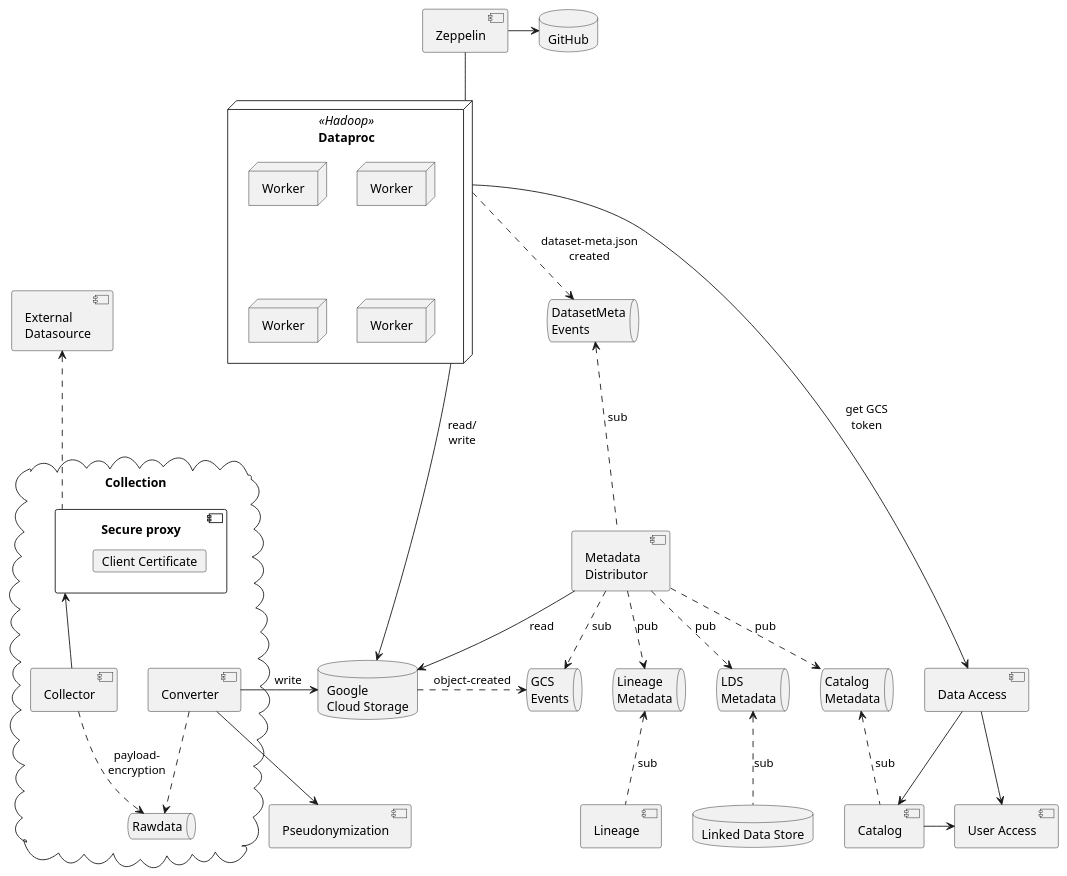
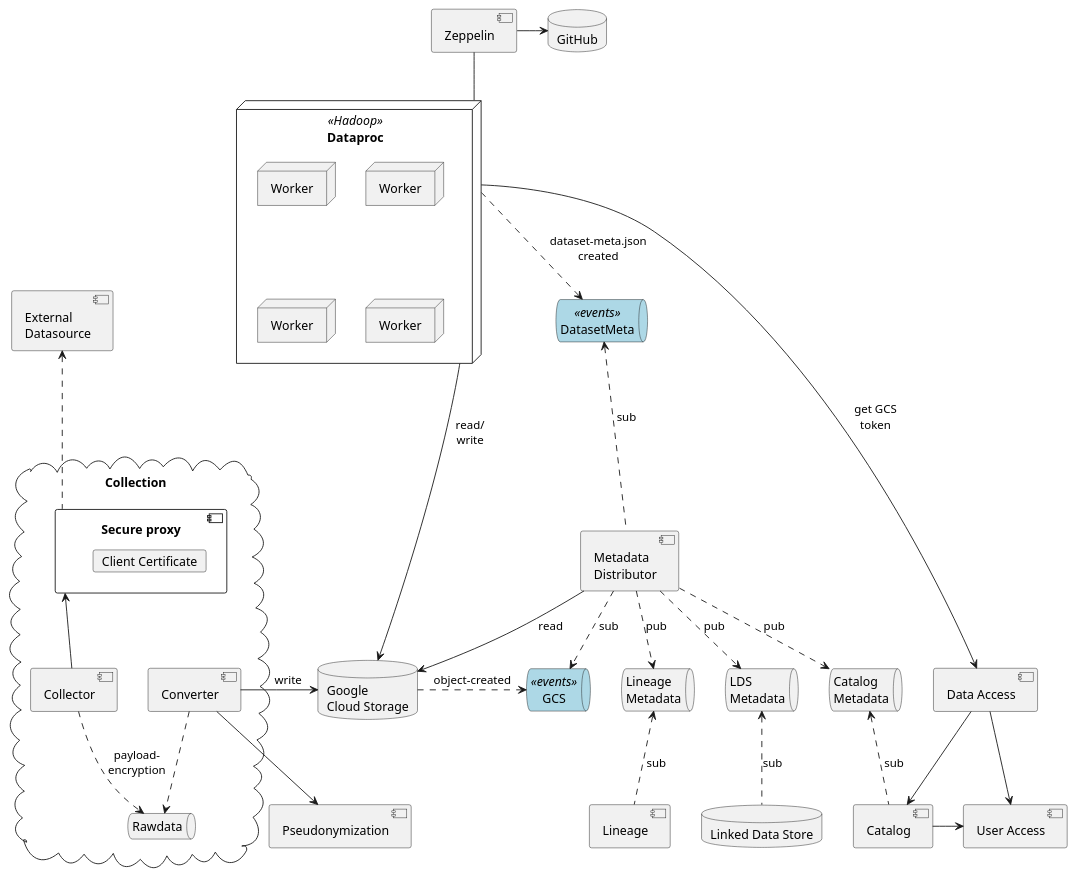
One commit to statisticsnorway/dapla-project changed the diagram in doc/components.puml. Above: the diagram before and after it, drawn with PlantUML.

Commit message:
Added background color to event queues for clarity

```diff
--- a/doc/components.puml
+++ b/doc/components.puml
@@ -1,70 +1,74 @@
 @startuml
+
+skinparam queue {
+	backgroundColor<<events>> LightBlue
+}
 
 component "User Access" as user_access
 component "Catalog" as catalog
 component "Pseudonymization" as pseudo
 component "Lineage" as lineage
 component "Data Access" as data_access
 database "Linked Data Store" as lds {
 }
 database "Google\nCloud Storage" as gcs {
 }
 node "Dataproc" <<Hadoop>> as dataproc {
   node "Worker" as worker1
   node "Worker" as worker2
   node "Worker" as worker3
   node "Worker" as worker4
 }
 component "Zeppelin" as zeppelin
 catalog -> user_access
 data_access --> catalog
 data_access --> user_access
 
 database "GitHub" as github
 
 zeppelin -- dataproc
 zeppelin -> github
 dataproc ----> gcs : \n\nread/\nwrite
 dataproc ----> data_access : get GCS\ntoken
 
 component "External\nDatasource" as source
 component "Metadata\nDistributor" as distributor
-queue "DatasetMeta\nEvents" as datasetmetaevents {
+queue "DatasetMeta" as datasetmetaevents <<events>> {
 }
-queue "GCS\nEvents" as gcsevents {
+queue "GCS" as gcsevents <<events>> {
 }
 queue "Catalog\nMetadata" as catalogQ {
 }
 queue "LDS\nMetadata" as ldsQ {
 }
 queue "Lineage\nMetadata" as lineageQ {
 }
 cloud Collection {
     component "Secure proxy" as sec_proxy {
         card "Client Certificate" as client_cert
     }
     component "Collector" as collector
     queue "Rawdata" as rawdata {
     }
     component "Converter" as converter
     collector -u-> sec_proxy
     collector ..> rawdata : payload-\nencryption
     converter ..> rawdata
     converter -> gcs : "      write"
     converter --> pseudo
 }
 
 distributor --> gcs : read
 distributor ..> lineageQ : pub
 distributor ..> catalogQ : pub
 distributor ..> ldsQ : pub
 gcs .> gcsevents : object-created
 dataproc ..> datasetmetaevents : dataset-meta.json\ncreated
 distributor .> gcsevents : sub
 distributor .u-> datasetmetaevents : sub
 lds .u.> ldsQ : sub
 catalog .u.> catalogQ : sub
 lineage .u.> lineageQ : sub
 sec_proxy .u.> source
 
 @enduml
```
